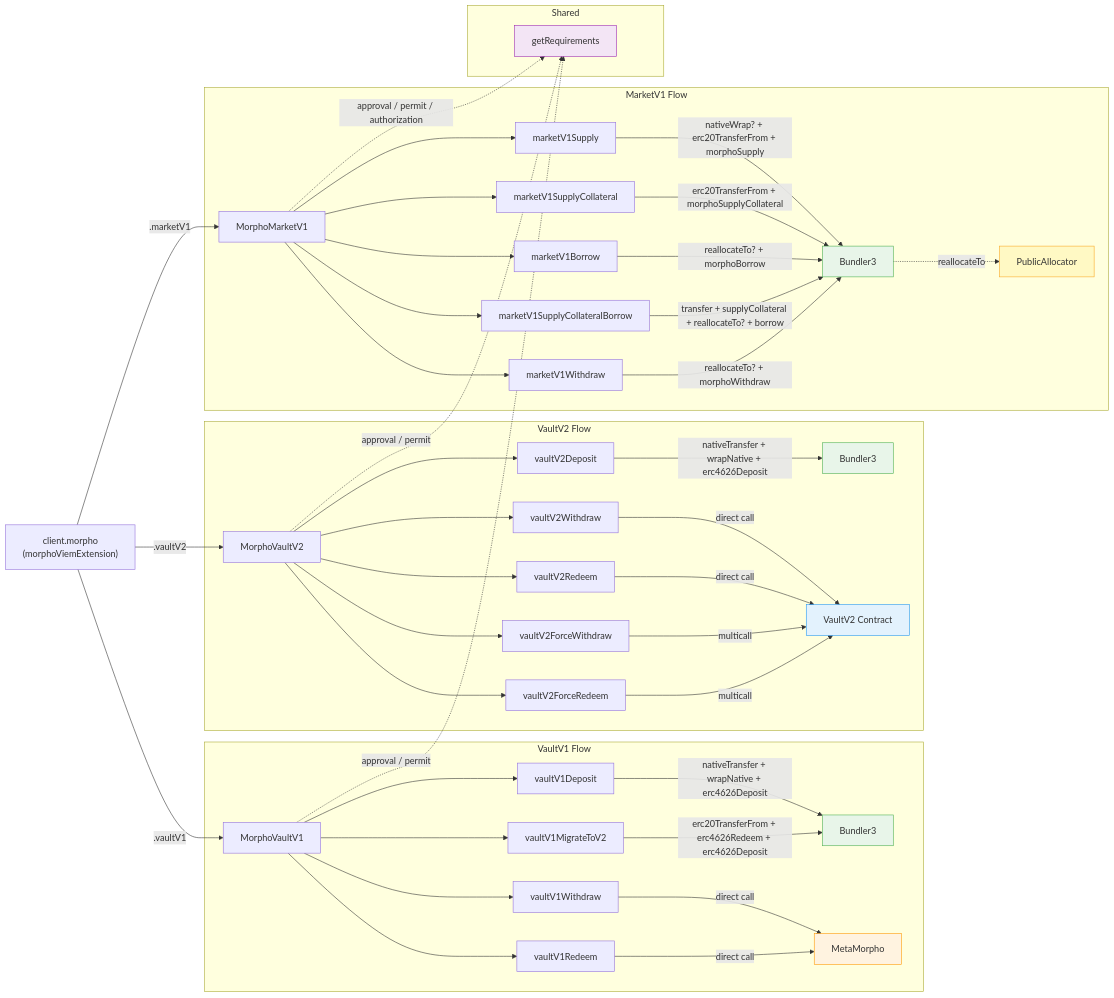
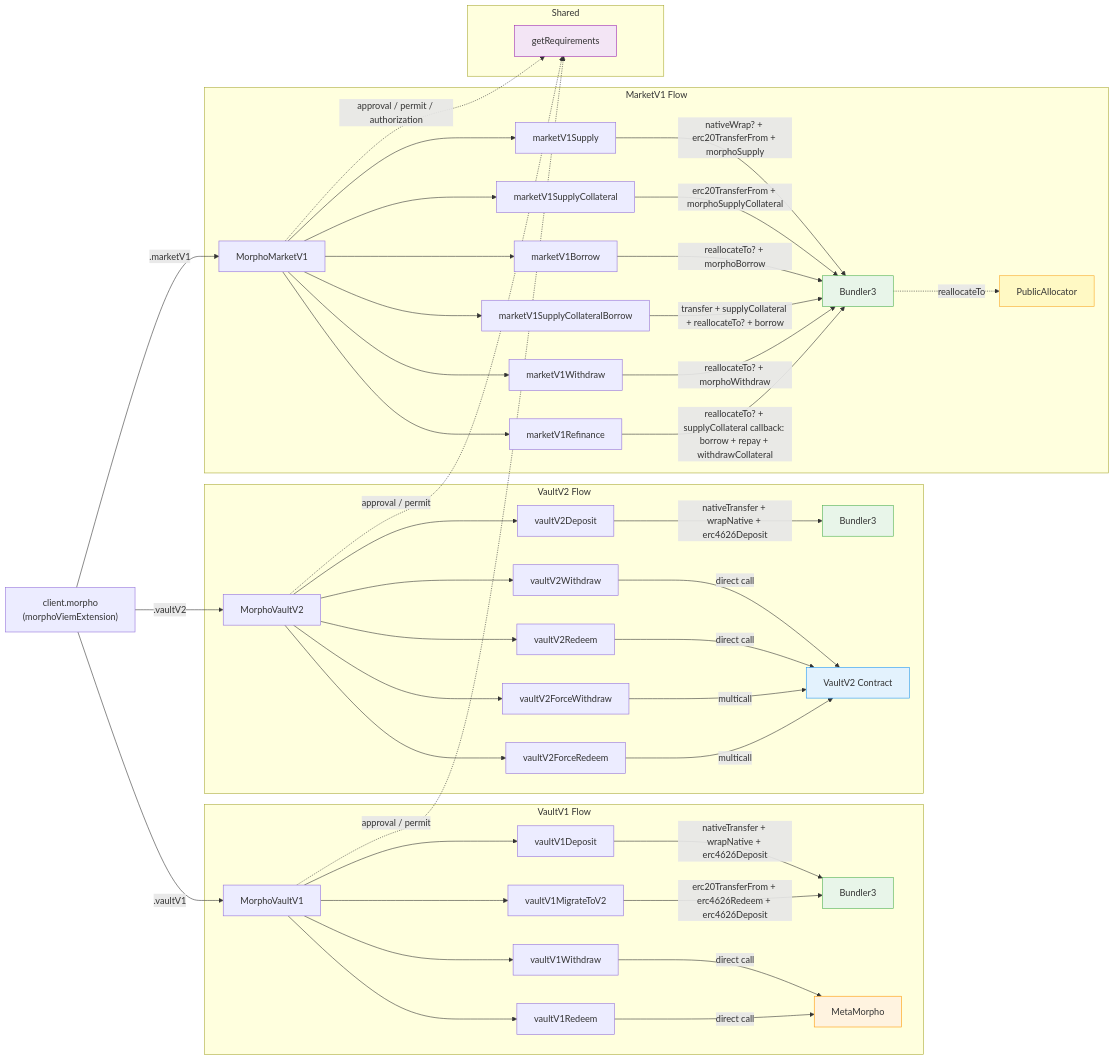
Before and after one commit to morpho-org/sdks: the diagram in packages/morpho-sdk/README.md, drawn with Mermaid. The commit also changed other lines of this file, not shown here.

Commit message:
docs(morpho-sdk): document MarketV1.refinance() in README

````diff
--- a/packages/morpho-sdk/README.md
+++ b/packages/morpho-sdk/README.md
@@ -470,70 +515,72 @@
 ```mermaid
 graph LR
     MC["client.morpho<br/>(morphoViemExtension)"]
 
     MC -->|.vaultV1| MV1
     MC -->|.vaultV2| MV2
     MC -->|.marketV1| MM1
 
     subgraph VaultV1 Flow
         MV1[MorphoVaultV1]
         MV1 --> V1D[vaultV1Deposit]
         MV1 --> V1W[vaultV1Withdraw]
         MV1 --> V1R[vaultV1Redeem]
         MV1 --> V1M[vaultV1MigrateToV2]
 
         V1D -->|nativeTransfer + wrapNative + erc4626Deposit| B1[Bundler3]
         V1W -->|direct call| MM[MetaMorpho]
         V1R -->|direct call| MM
         V1M -->|erc20TransferFrom + erc4626Redeem + erc4626Deposit| B1
     end
 
     subgraph VaultV2 Flow
         MV2[MorphoVaultV2]
         MV2 --> V2D[vaultV2Deposit]
         MV2 --> V2W[vaultV2Withdraw]
         MV2 --> V2R[vaultV2Redeem]
         MV2 --> V2FW[vaultV2ForceWithdraw]
         MV2 --> V2FR[vaultV2ForceRedeem]
 
         V2D -->|nativeTransfer + wrapNative + erc4626Deposit| B2[Bundler3]
         V2W -->|direct call| V2C[VaultV2 Contract]
         V2R -->|direct call| V2C
         V2FW -->|multicall| V2C
         V2FR -->|multicall| V2C
     end
 
     subgraph MarketV1 Flow
         MM1[MorphoMarketV1]
         MM1 --> M1S[marketV1Supply]
         MM1 --> M1SC[marketV1SupplyCollateral]
         MM1 --> M1B[marketV1Borrow]
         MM1 --> M1SCB[marketV1SupplyCollateralBorrow]
         MM1 --> M1W[marketV1Withdraw]
+        MM1 --> M1RF[marketV1Refinance]
 
         M1S -->|nativeWrap? + erc20TransferFrom + morphoSupply| B3[Bundler3]
         M1SC -->|erc20TransferFrom + morphoSupplyCollateral| B3
         M1B -->|reallocateTo? + morphoBorrow| B3
         M1SCB -->|transfer + supplyCollateral + reallocateTo? + borrow| B3
         M1W -->|reallocateTo? + morphoWithdraw| B3
+        M1RF -->|reallocateTo? + supplyCollateral callback: borrow + repay + withdrawCollateral| B3
 
         B3 -.->|reallocateTo| PA[PublicAllocator]
     end
 
 
     subgraph Shared
         REQ[getRequirements]
     end
 
     MV1 -.->|approval / permit| REQ
     MV2 -.->|approval / permit| REQ
     MM1 -.->|approval / permit / authorization| REQ
 
     style B1 fill:#e8f5e9,stroke:#4caf50
     style B2 fill:#e8f5e9,stroke:#4caf50
     style B3 fill:#e8f5e9,stroke:#4caf50
     style MM fill:#fff3e0,stroke:#ff9800
     style V2C fill:#e3f2fd,stroke:#2196f3
     style REQ fill:#f3e5f5,stroke:#9c27b0
     style PA fill:#fff9c4,stroke:#f9a825
 ```
````
